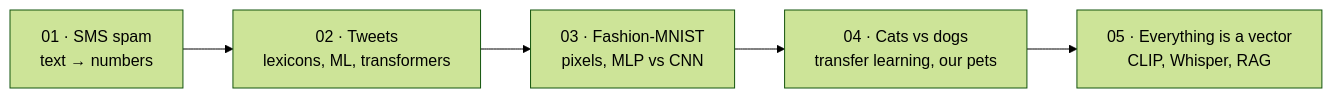
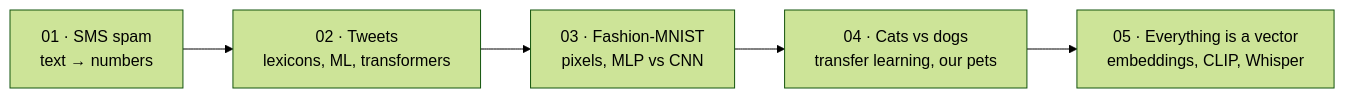
One commit to the-ai-learning-hub/03-applied-ai-projects changed the diagram in README.md. Above: the diagram before and after it, drawn with Mermaid (forest theme). The commit also changed other lines of this file and 8 other files, not shown here.

````diff
--- a/README.md
+++ b/README.md
@@ -15,7 +15,7 @@
 ```mermaid
 flowchart LR
     A["01 · SMS spam<br/>text → numbers"] --> B["02 · Tweets<br/>lexicons, ML, transformers"]
     B --> C["03 · Fashion-MNIST<br/>pixels, MLP vs CNN"]
     C --> D["04 · Cats vs dogs<br/>transfer learning, our pets"]
-    D --> E["05 · Everything is a vector<br/>CLIP, Whisper, RAG"]
+    D --> E["05 · Everything is a vector<br/>embeddings, CLIP, Whisper"]
 ```
````
